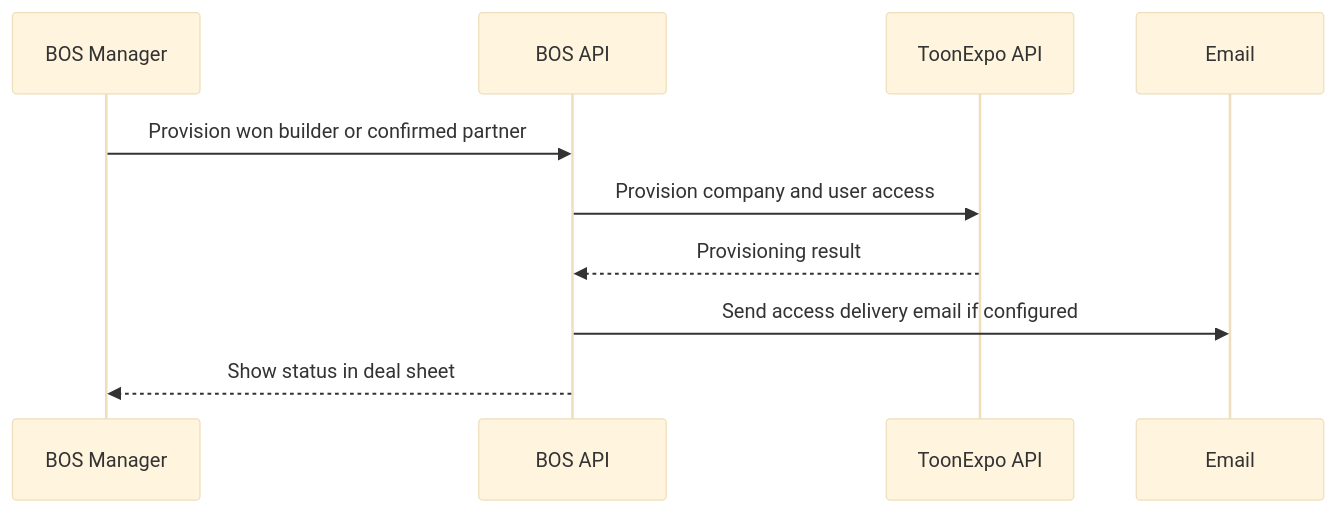
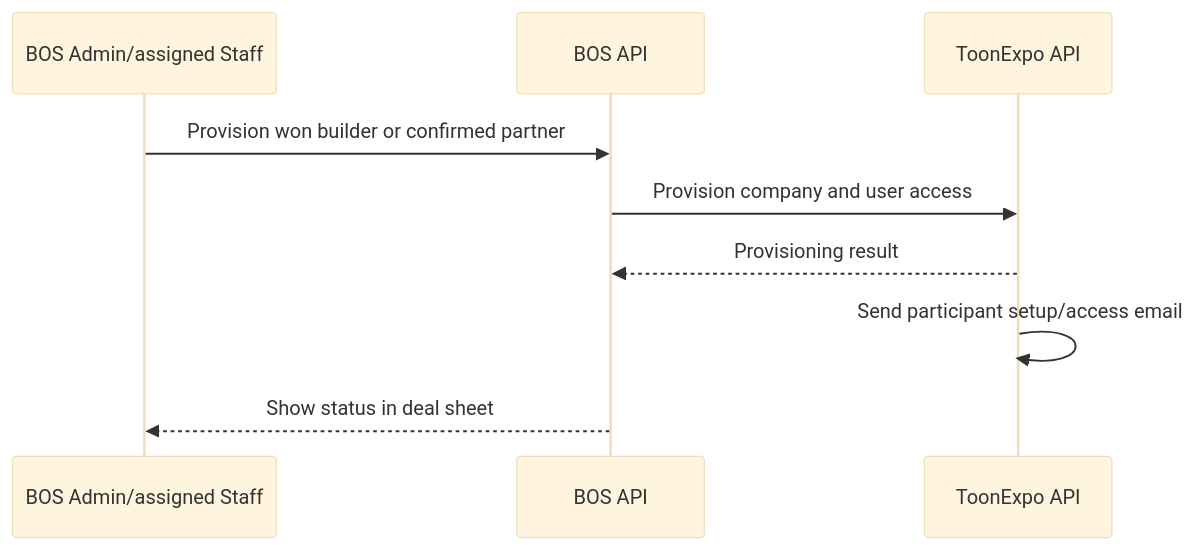
One commit to neetrino/BigProjects_BOS changed the fifth of 6 diagrams in docs/01-ARCHITECTURE.md. Above: the diagram before and after it, drawn with Mermaid (base theme). The commit also changed other lines of this file and 82 other files, not shown here.

````diff
--- a/docs/01-ARCHITECTURE.md
+++ b/docs/01-ARCHITECTURE.md
@@ -221,13 +221,12 @@
 ```mermaid
 sequenceDiagram
-  participant Manager as BOS Manager
+  participant Manager as BOS Admin/assigned Staff
   participant BOS as BOS API
   participant Toon as ToonExpo API
-  participant Mail as Email
 
   Manager->>BOS: Provision won builder or confirmed partner
   BOS->>Toon: Provision company and user access
   Toon-->>BOS: Provisioning result
-  BOS->>Mail: Send access delivery email if configured
+  Toon->>Toon: Send participant setup/access email
   BOS-->>Manager: Show status in deal sheet
 ```
````
